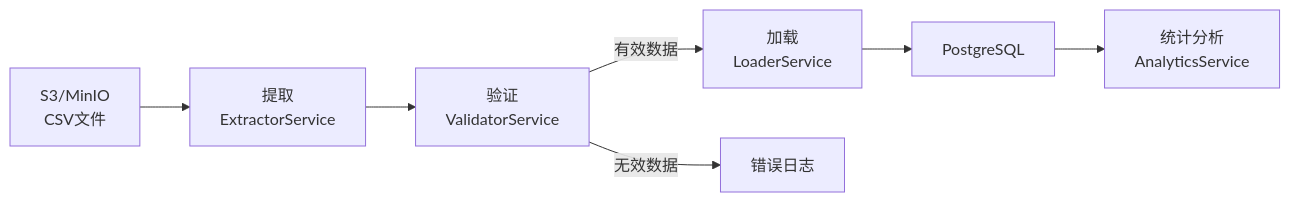
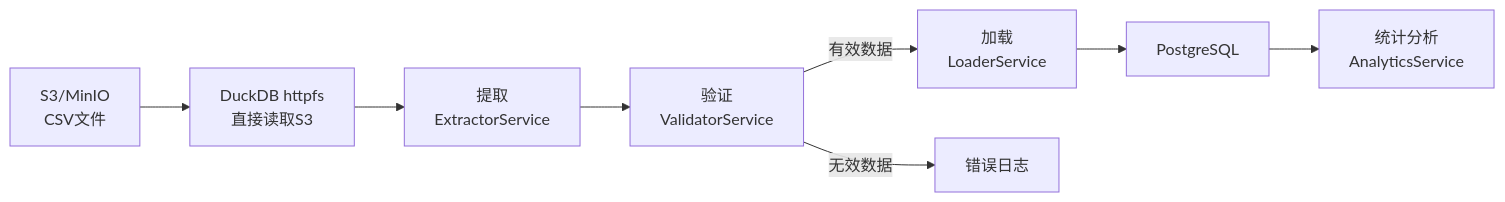
One commit to zhj0513/small_etl changed the diagram in doc/product.md. Above: the diagram before and after it, drawn with Mermaid. The commit also changed other lines of this file and 3 other files, not shown here.

````diff
--- a/doc/product.md
+++ b/doc/product.md
@@ -18,9 +18,10 @@
 ```mermaid
 flowchart LR
-    S3["S3/MinIO<br/>CSV文件"] --> Extract["提取<br/>ExtractorService"]
+    S3["S3/MinIO<br/>CSV文件"] --> DuckDB["DuckDB httpfs<br/>直接读取S3"]
+    DuckDB --> Extract["提取<br/>ExtractorService"]
     Extract --> Validate["验证<br/>ValidatorService"]
     Validate --> |有效数据| Load["加载<br/>LoaderService"]
     Validate --> |无效数据| Log["错误日志"]
     Load --> PG["PostgreSQL"]
     PG --> Analytics["统计分析<br/>AnalyticsService"]
 ```
````
